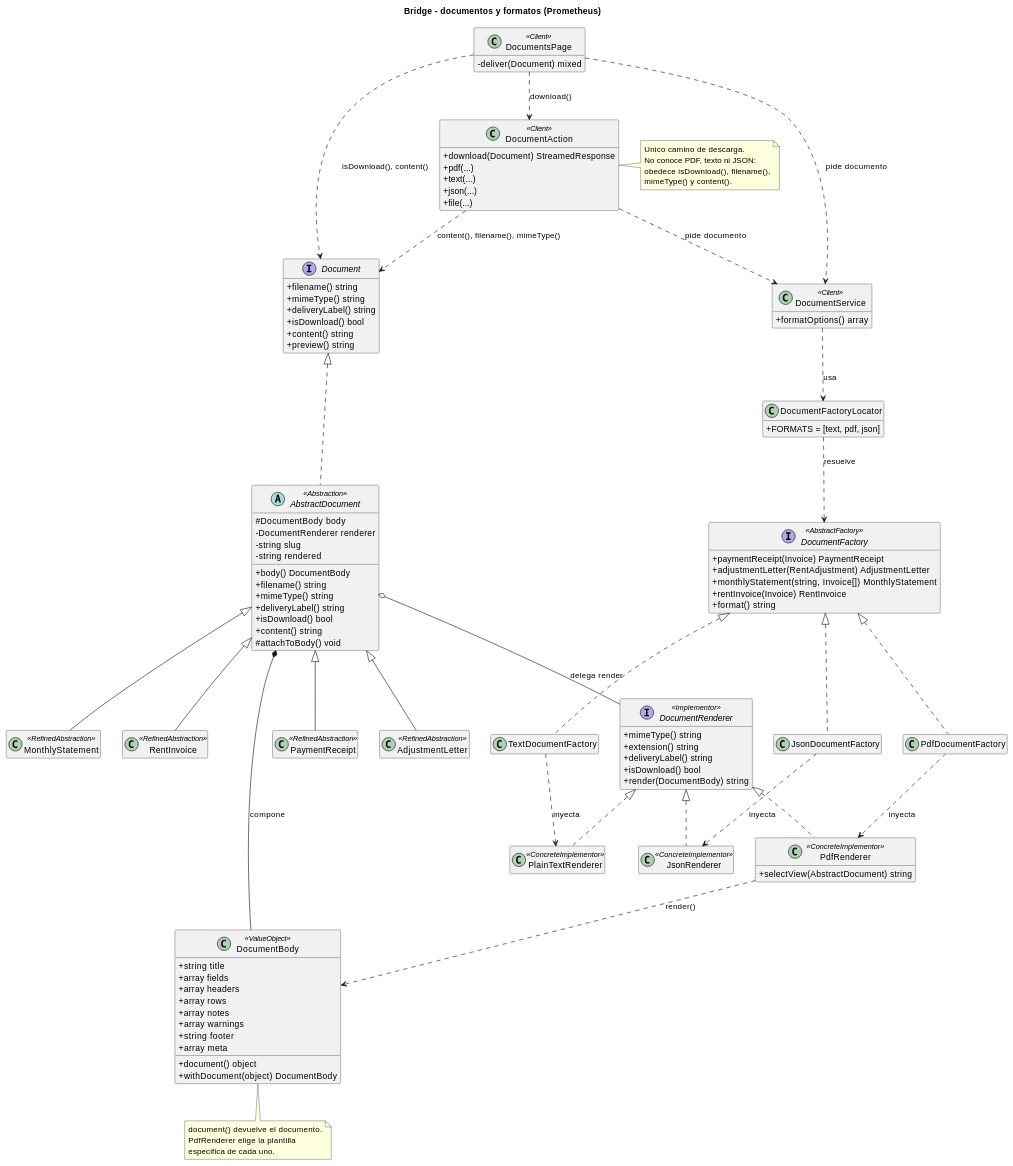
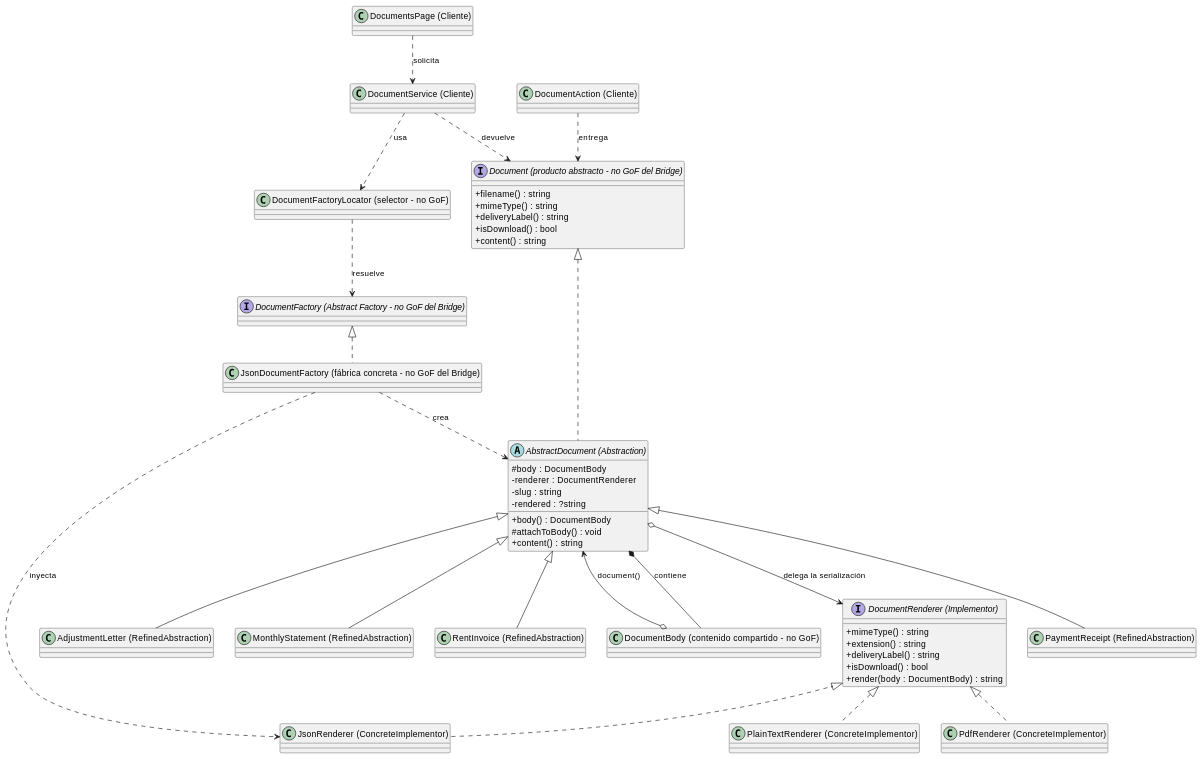
The diagram in docs/patrones estructurales/Bridge.md (diegocastro-ac/prometheus), drawn with PlantUML before and after one commit. The commit also changed other lines of this file and 4 other files, not shown here.

````diff
--- a/docs/patrones estructurales/Bridge.md
+++ b/docs/patrones estructurales/Bridge.md
@@ -801,92 +68,49 @@
 ```plantuml
-@startuml bridge_documentos
-title Bridge - documentos y formatos (Prometheus)
+@startuml
 skinparam classAttributeIconSize 0
-hide empty members
 
-interface Document {
-  +filename() string
-  +mimeType() string
-  +deliveryLabel() string
-  +isDownload() bool
-  +content() string
-  +preview() string
+interface "Document (producto abstracto - no GoF del Bridge)" as Document {
+  +filename() : string
+  +mimeType() : string
+  +deliveryLabel() : string
+  +isDownload() : bool
+  +content() : string
 }
 
-abstract class AbstractDocument <<Abstraction>> {
-  #DocumentBody body
-  -DocumentRenderer renderer
-  -string slug
-  -string rendered
-  +body() DocumentBody
-  +filename() string
-  +mimeType() string
-  +deliveryLabel() string
-  +isDownload() bool
-  +content() string
-  #attachToBody() void
+abstract class "AbstractDocument (Abstraction)" as AbstractDocument {
+  # body : DocumentBody
+  - renderer : DocumentRenderer
+  - slug : string
+  - rendered : ?string
+  +body() : DocumentBody
+  # attachToBody() : void
+  +content() : string
 }
 
-class RentInvoice <<RefinedAbstraction>>
-class PaymentReceipt <<RefinedAbstraction>>
-class AdjustmentLetter <<RefinedAbstraction>>
-class MonthlyStatement <<RefinedAbstraction>>
+class "RentInvoice (RefinedAbstraction)" as RentInvoice
+class "PaymentReceipt (RefinedAbstraction)" as PaymentReceipt
+class "AdjustmentLetter (RefinedAbstraction)" as AdjustmentLetter
+class "MonthlyStatement (RefinedAbstraction)" as MonthlyStatement
 
-class DocumentBody <<ValueObject>> {
-  +string title
-  +array fields
-  +array headers
-  +array rows
-  +array notes
-  +array warnings
-  +string footer
-  +array meta
-  +document() object
-  +withDocument(object) DocumentBody
+interface "DocumentRenderer (Implementor)" as DocumentRenderer {
+  +mimeType() : string
+  +extension() : string
+  +deliveryLabel() : string
+  +isDownload() : bool
+  +render(body : DocumentBody) : string
 }
 
-interface DocumentRenderer <<Implementor>> {
-  +mimeType() string
-  +extension() string
-  +deliveryLabel() string
-  +isDownload() bool
-  +render(DocumentBody) string
-}
+class "PlainTextRenderer (ConcreteImplementor)" as PlainTextRenderer
+class "PdfRenderer (ConcreteImplementor)" as PdfRenderer
+class "JsonRenderer (ConcreteImplementor)" as JsonRenderer
 
-class PdfRenderer <<ConcreteImplementor>> {
-  +selectView(AbstractDocument) string
-}
-class PlainTextRenderer <<ConcreteImplementor>>
-class JsonRenderer <<ConcreteImplementor>>
-
-interface DocumentFactory <<AbstractFactory>> {
-  +paymentReceipt(Invoice) PaymentReceipt
-  +adjustmentLetter(RentAdjustment) AdjustmentLetter
-  +monthlyStatement(string, Invoice[]) MonthlyStatement
-  +rentInvoice(Invoice) RentInvoice
-  +format() string
-}
-
-class TextDocumentFactory
-class PdfDocumentFactory
-class JsonDocumentFactory
-class DocumentFactoryLocator {
-  +FORMATS = [text, pdf, json]
-}
-
-class DocumentService <<Client>> {
-  +formatOptions() array
-}
-class DocumentsPage <<Client>> {
-  -deliver(Document) mixed
-}
-class DocumentAction <<Client>> {
-  +download(Document) StreamedResponse
-  +pdf(...)
-  +text(...)
-  +json(...)
-  +file(...)
-}
+class "DocumentBody (contenido compartido - no GoF)" as DocumentBody
+interface "DocumentFactory (Abstract Factory - no GoF del Bridge)" as DocumentFactory
+class "JsonDocumentFactory (fábrica concreta - no GoF del Bridge)" as JsonDocumentFactory
+class "DocumentFactoryLocator (selector - no GoF)" as DocumentFactoryLocator
+class "DocumentService (Cliente)" as DocumentService
+class "DocumentsPage (Cliente)" as DocumentsPage
+class "DocumentAction (Cliente)" as DocumentAction
 
 Document <|.. AbstractDocument
 AbstractDocument <|-- RentInvoice
@@ -894,40 +118,22 @@
 AbstractDocument <|-- AdjustmentLetter
 AbstractDocument <|-- MonthlyStatement
 
-AbstractDocument *-- DocumentBody : compone
-AbstractDocument o-- DocumentRenderer : delega render
+AbstractDocument *-- DocumentBody : contiene
+AbstractDocument o--> DocumentRenderer : delega la serialización
 
+DocumentRenderer <|.. PlainTextRenderer
 DocumentRenderer <|.. PdfRenderer
-DocumentRenderer <|.. PlainTextRenderer
 DocumentRenderer <|.. JsonRenderer
 
-DocumentFactory <|.. TextDocumentFactory
-DocumentFactory <|.. PdfDocumentFactory
 DocumentFactory <|.. JsonDocumentFactory
+JsonDocumentFactory ..> JsonRenderer : inyecta
+JsonDocumentFactory ..> AbstractDocument : crea
 
-TextDocumentFactory ..> PlainTextRenderer : inyecta
-PdfDocumentFactory ..> PdfRenderer : inyecta
-JsonDocumentFactory ..> JsonRenderer : inyecta
 DocumentFactoryLocator ..> DocumentFactory : resuelve
 DocumentService ..> DocumentFactoryLocator : usa
-
-DocumentsPage ..> DocumentService : pide documento
-DocumentAction ..> DocumentService : pide documento
-DocumentsPage ..> DocumentAction : download()
-DocumentAction ..> Document : content(), filename(), mimeType()
-DocumentsPage ..> Document : isDownload(), content()
-PdfRenderer ..> DocumentBody : render()
-
-note right of DocumentAction
-  Unico camino de descarga.
-  No conoce PDF, texto ni JSON:
-  obedece isDownload(), filename(),
-  mimeType() y content().
-end note
-note bottom of DocumentBody
-  document() devuelve el documento.
-  PdfRenderer elige la plantilla
-  especifica de cada uno.
-end note
+DocumentService ..> Document : devuelve
+DocumentsPage ..> DocumentService : solicita
+DocumentAction ..> Document : entrega
+DocumentBody o--> AbstractDocument : document()
 @enduml
 ```
````
